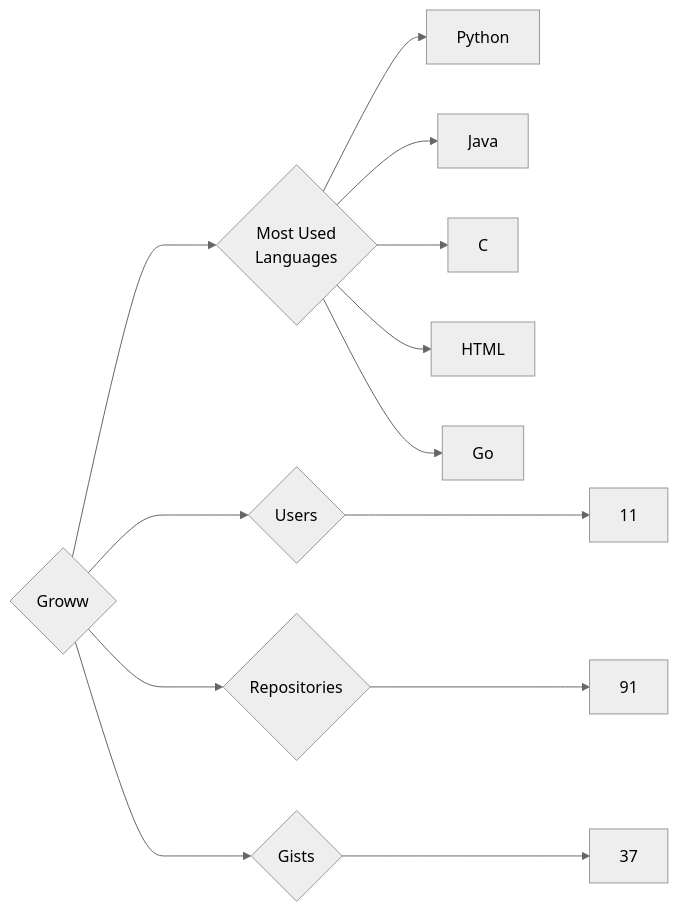
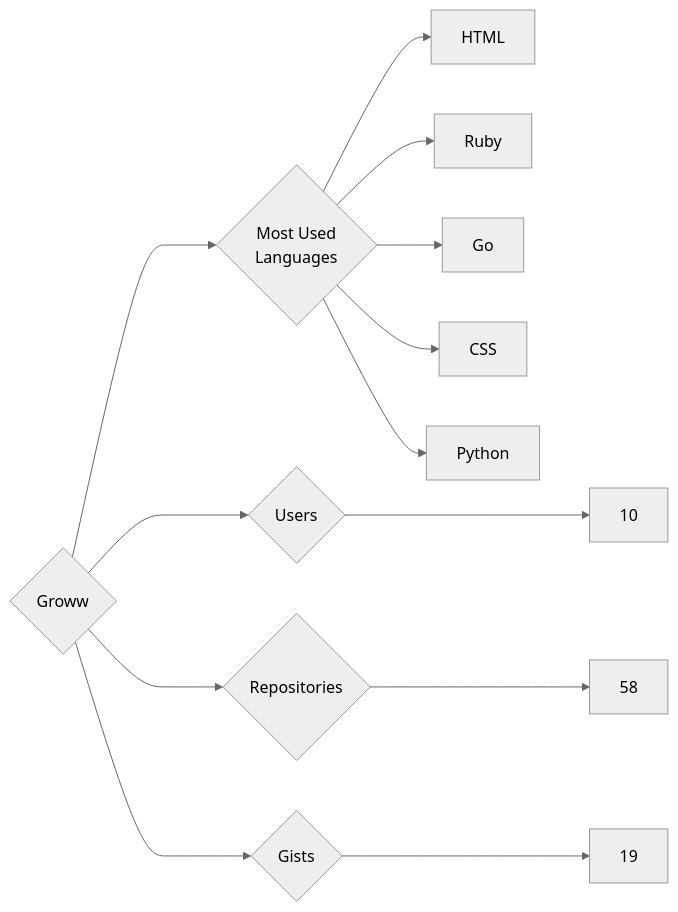
Before and after one commit to trickest/insiders: the diagram in targets/Groww/README.md, drawn with Mermaid (neutral theme). The commit also changed 880 other files, not shown here.

````diff
--- a/targets/Groww/README.md
+++ b/targets/Groww/README.md
@@ -3,13 +3,13 @@
 ```mermaid
 graph LR
 COMPANY_NAME{Groww}
-COMPANY_NAME ---> U{Users} ---> UN[11]
-COMPANY_NAME ---> R{Repositories} ---> RN[91]
-COMPANY_NAME ---> G{Gists} ---> GN[37]
+COMPANY_NAME ---> U{Users} ---> UN[10]
+COMPANY_NAME ---> R{Repositories} ---> RN[58]
+COMPANY_NAME ---> G{Gists} ---> GN[19]
 COMPANY_NAME ---> ML{Most Used<br>Languages}
+ML --> HTML[HTML]
+ML --> Ruby[Ruby]
+ML --> Go[Go]
+ML --> CSS[CSS]
 ML --> Python[Python]
-ML --> Java[Java]
-ML --> C[C]
-ML --> HTML[HTML]
-ML --> Go[Go]
 ```
````
